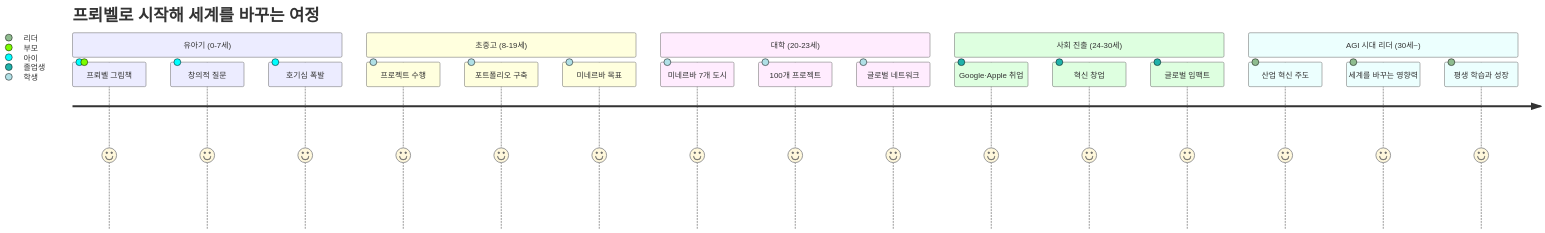
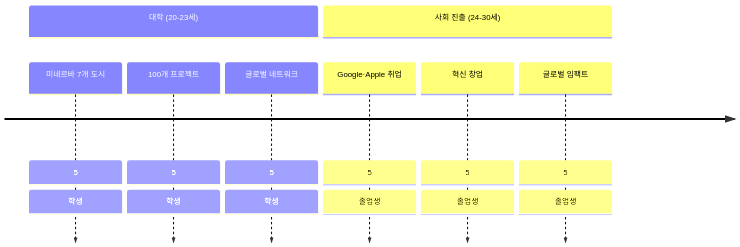
Before and after one commit to Collegenie-X/froebel: diagram 51 of 51 in 2단계_유아초등교육커리큘럼.md, drawn with Mermaid. The commit also changed other lines of this file and 5 other files, not shown here.

````diff
--- a/2단계_유아초등교육커리큘럼.md
+++ b/2단계_유아초등교육커리큘럼.md
@@ -2527,24 +2529,11 @@
 ```mermaid
-journey
-    title 프뢰벨로 시작해 세계를 바꾸는 여정
-    section 유아기 (0-7세)
-      프뢰벨 그림책: 5: 아이, 부모
-      창의적 질문: 5: 아이
-      호기심 폭발: 5: 아이
-    section 초중고 (8-19세)
-      프로젝트 수행: 5: 학생
-      포트폴리오 구축: 5: 학생
-      미네르바 목표: 5: 학생
+timeline
     section 대학 (20-23세)
       미네르바 7개 도시: 5: 학생
       100개 프로젝트: 5: 학생
       글로벌 네트워크: 5: 학생
     section 사회 진출 (24-30세)
       Google·Apple 취업: 5: 졸업생
       혁신 창업: 5: 졸업생
       글로벌 임팩트: 5: 졸업생
-    section AGI 시대 리더 (30세~)
-      산업 혁신 주도: 5: 리더
-      세계를 바꾸는 영향력: 5: 리더
-      평생 학습과 성장: 5: 리더
 ```
````
